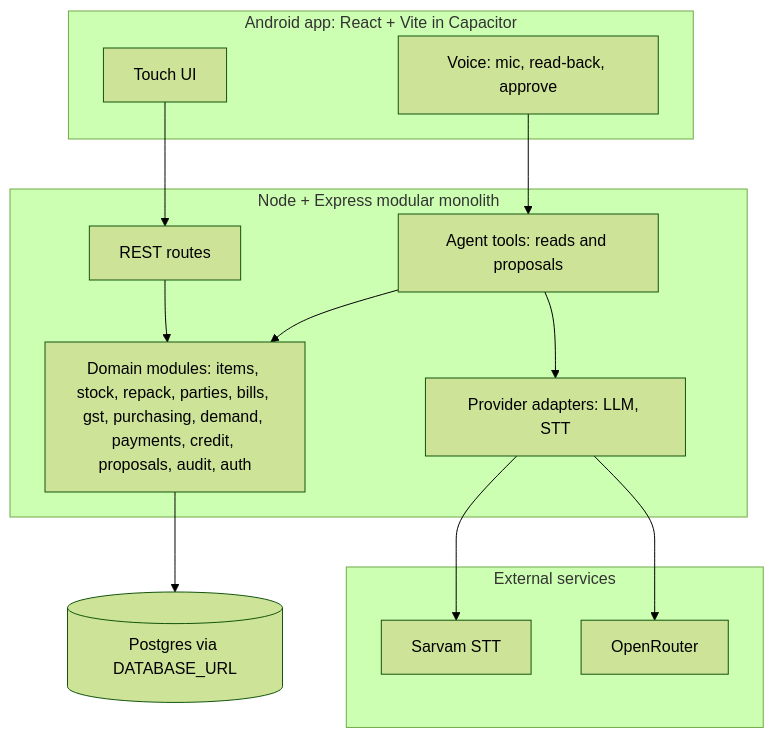
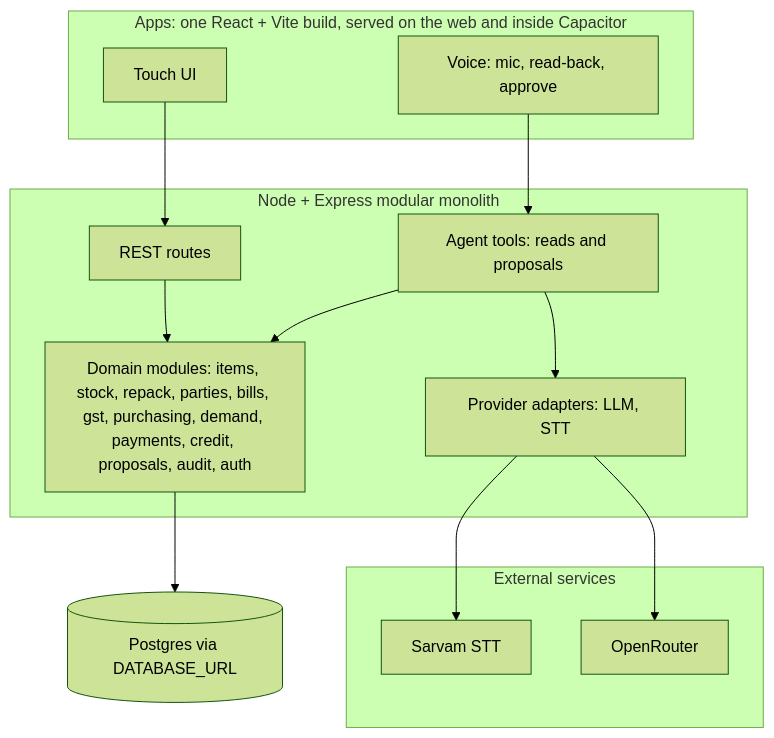
Before and after one commit to bvsaisujith/sauda: the diagram in docs/architecture.md, drawn with Mermaid (forest theme). The commit also changed other lines of this file and 47 other files, not shown here.

````diff
--- a/docs/architecture.md
+++ b/docs/architecture.md
@@ -7,26 +7,26 @@
 ```mermaid
 flowchart TD
-    subgraph App[Android app: React + Vite in Capacitor]
+    subgraph App[Apps: one React + Vite build, served on the web and inside Capacitor]
         T[Touch UI]
         V[Voice: mic, read-back, approve]
     end
     subgraph Server[Node + Express modular monolith]
         R[REST routes]
         A[Agent tools: reads and proposals]
         P[Provider adapters: LLM, STT]
         M[Domain modules: items, stock, repack, parties, bills, gst, purchasing, demand, payments, credit, proposals, audit, auth]
     end
     subgraph Outside[External services]
         SA[Sarvam STT]
         OR[OpenRouter]
     end
     DB[(Postgres via DATABASE_URL)]
     T --> R
     V --> A
     R --> M
     A --> M
     A --> P
     P --> SA
     P --> OR
     M --> DB
 ```
````
